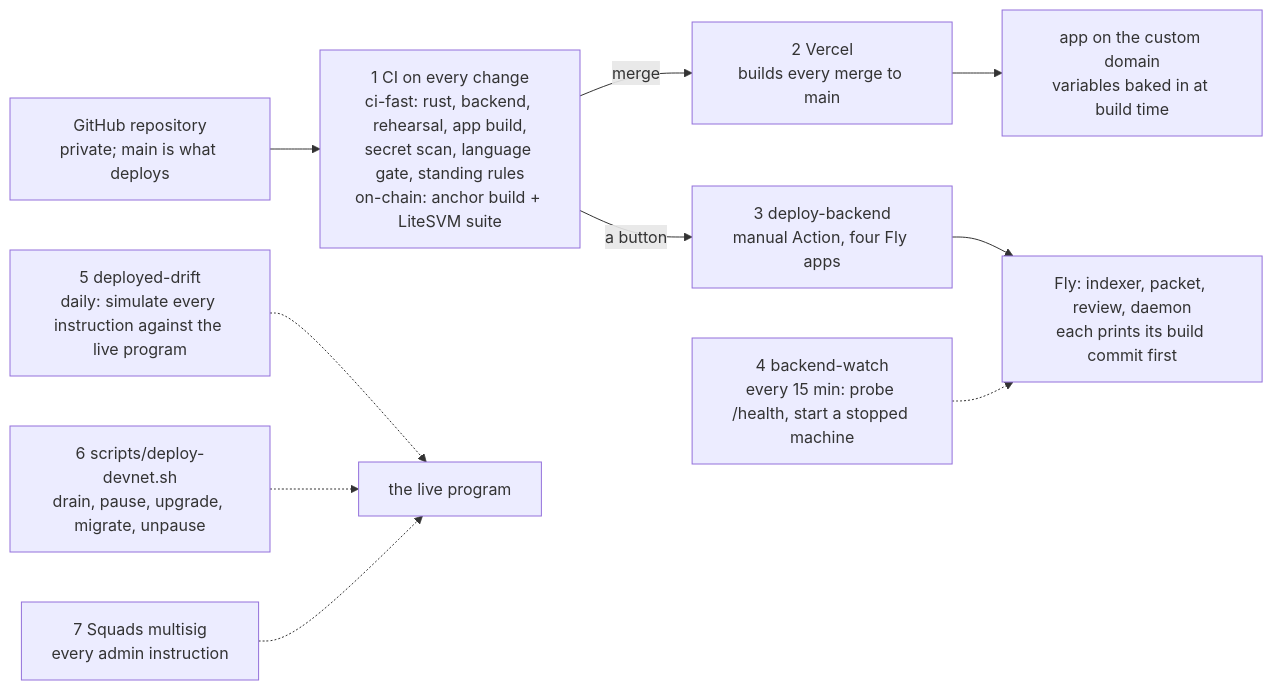
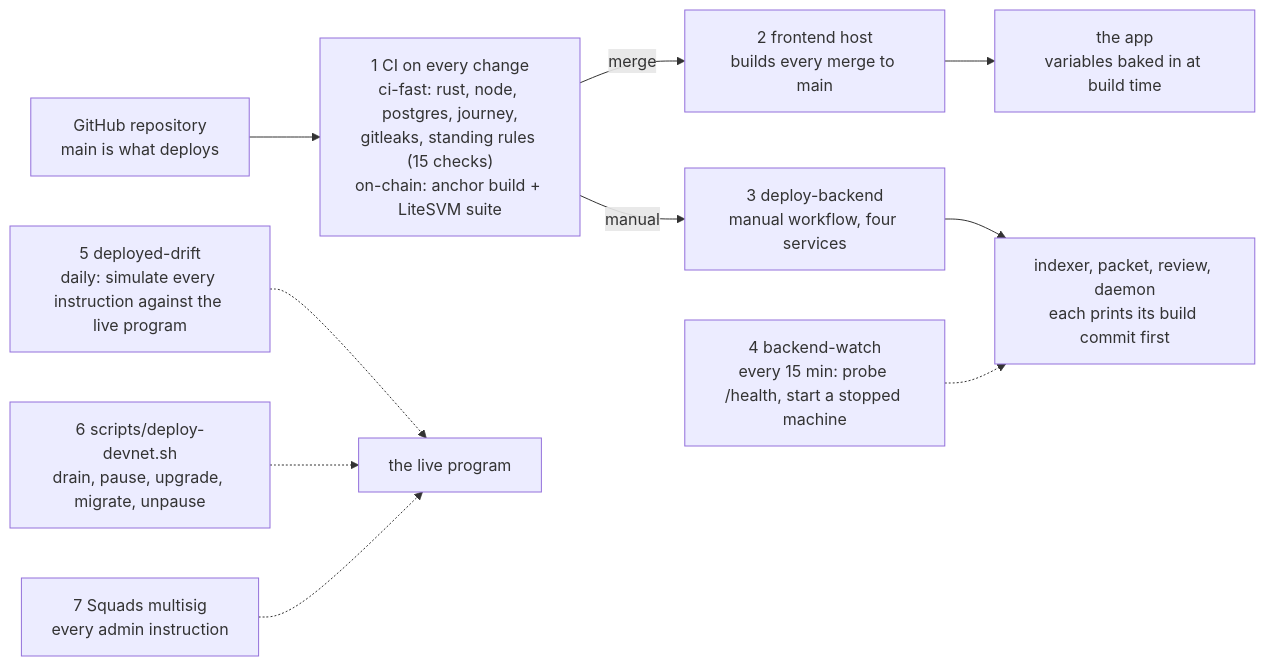
The seventh of 7 diagrams in docs/architecture/DIAGRAMS.md (tomtblock/blotto), drawn with Mermaid before and after one commit. The commit also changed other lines of this file and 1 other file, not shown here.

First line of the commit message:
Docs cleanup: architecture and diagrams re-verified against the code

````diff
--- a/docs/architecture/DIAGRAMS.md
+++ b/docs/architecture/DIAGRAMS.md
@@ -377,21 +372,21 @@
 ```mermaid
 flowchart LR
-  GH["GitHub repository<br/>private; main is what deploys"]
-  CI["1 CI on every change<br/>ci-fast: rust, backend, rehearsal, app build,<br/>secret scan, language gate, standing rules<br/>on-chain: anchor build + LiteSVM suite"]
-  VERCEL["2 Vercel<br/>builds every merge to main"]
-  APP["app on the custom domain<br/>variables baked in at build time"]
-  DEPLOY["3 deploy-backend<br/>manual Action, four Fly apps"]
-  FLY["Fly: indexer, packet, review, daemon<br/>each prints its build commit first"]
+  GH["GitHub repository<br/>main is what deploys"]
+  CI["1 CI on every change<br/>ci-fast: rust, node, postgres, journey,<br/>gitleaks, standing rules (15 checks)<br/>on-chain: anchor build + LiteSVM suite"]
+  HOST["2 frontend host<br/>builds every merge to main"]
+  APP["the app<br/>variables baked in at build time"]
+  DEPLOY["3 deploy-backend<br/>manual workflow, four services"]
+  SVC["indexer, packet, review, daemon<br/>each prints its build commit first"]
   WATCH["4 backend-watch<br/>every 15 min: probe /health, start a stopped machine"]
   DRIFT["5 deployed-drift<br/>daily: simulate every instruction against the live program"]
   UPGRADE["6 scripts/deploy-devnet.sh<br/>drain, pause, upgrade, migrate, unpause"]
   SQUADS["7 Squads multisig<br/>every admin instruction"]
   PROG["the live program"]
   GH --> CI
-  CI -- "merge" --> VERCEL --> APP
-  CI -- "a button" --> DEPLOY --> FLY
-  WATCH -.-> FLY
+  CI -- "merge" --> HOST --> APP
+  CI -- "manual" --> DEPLOY --> SVC
+  WATCH -.-> SVC
   DRIFT -.-> PROG
   UPGRADE -.-> PROG
   SQUADS -.-> PROG
 ```
````
